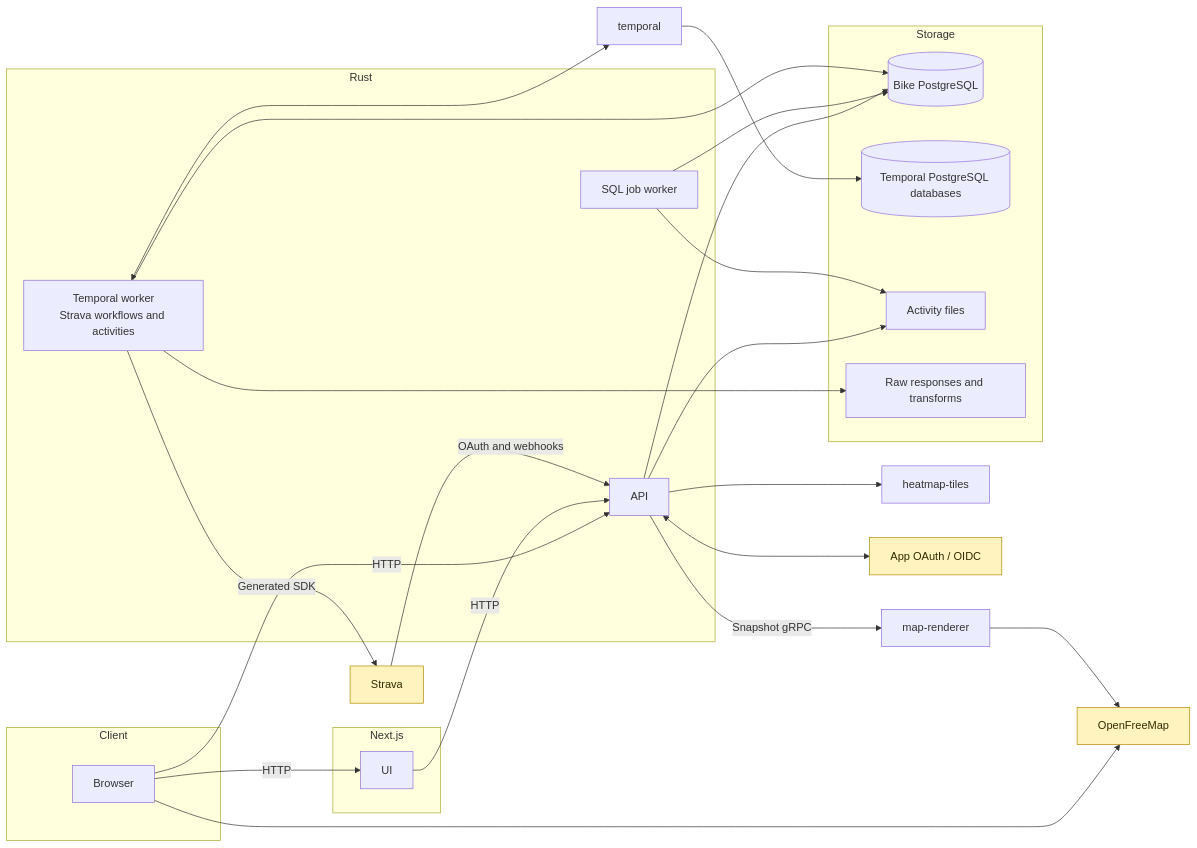
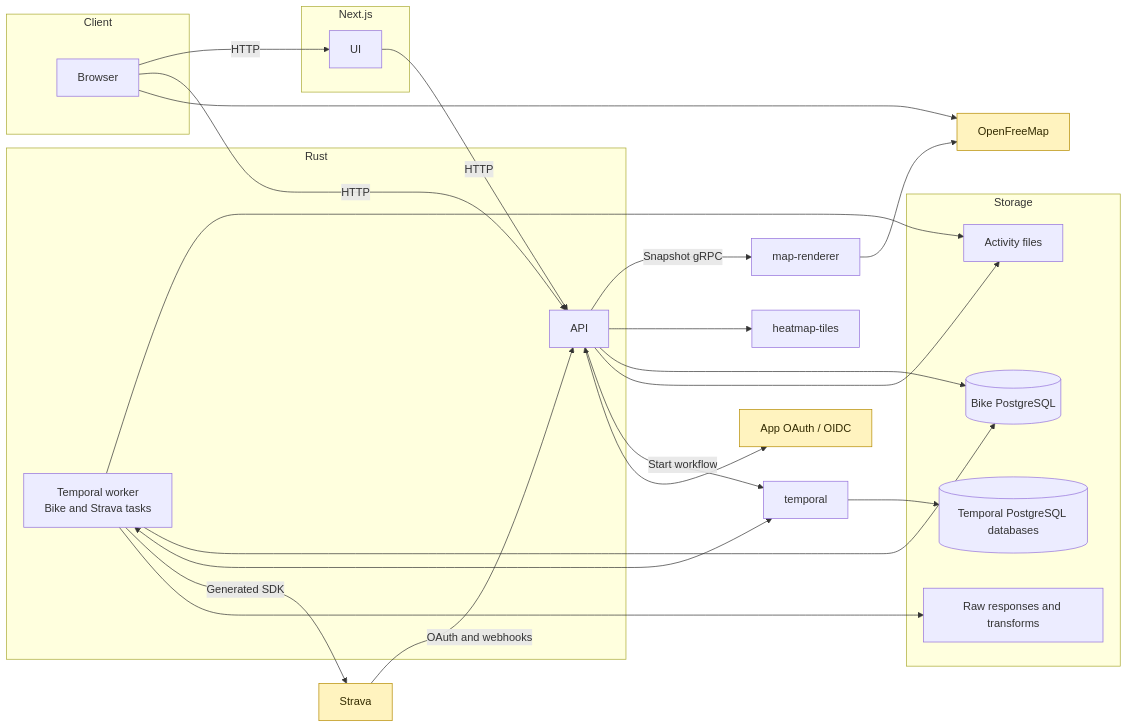
The diagram in README.md (ericbutera/bike), drawn with Mermaid before and after one commit. The commit also changed other lines of this file and 11 other files, not shown here.

````diff
--- a/README.md
+++ b/README.md
@@ -77,45 +78,44 @@
 ```mermaid
 flowchart LR
     subgraph Client
         Browser
     end
 
     subgraph Frontend["Next.js"]
         UI
     end
 
     subgraph Backend["Rust"]
         API
-        Worker["SQL job worker"]
-        TemporalWorker["Temporal worker<br/>Strava workflows and activities"]
+        TemporalWorker["Temporal worker<br/>Bike and Strava tasks"]
     end
 
     subgraph Storage
         DB[(Bike PostgreSQL)]
         TemporalDB[(Temporal PostgreSQL databases)]
         Files["Activity files"]
         ProviderObjects["Raw responses and transforms"]
     end
 
     Browser -->|HTTP| UI
     Browser -->|HTTP| API
     UI -->|HTTP| API
     API -->|Snapshot gRPC| Maps["map-renderer"]
     API --> HeatmapTiles["heatmap-tiles"]
     API --> DB
-    Worker --> DB
     API --> Files
-    Worker --> Files
+    API -->|Start workflow| Temporal
+    TemporalWorker --> Files
     Strava -->|OAuth and webhooks| API
     TemporalWorker --> DB
     TemporalWorker <--> Temporal["temporal"]
     Temporal --> TemporalDB
     TemporalWorker -->|Generated SDK| Strava
     TemporalWorker --> ProviderObjects
     API <--> OAuth["App OAuth / OIDC"]
     Browser --> OpenMaps["OpenFreeMap"]
     Maps --> OpenMaps
 
     classDef thirdParty fill:#fff3bf,stroke:#b58b00,color:#332b00
     class OAuth,Strava,OpenMaps thirdParty
 ```
````
